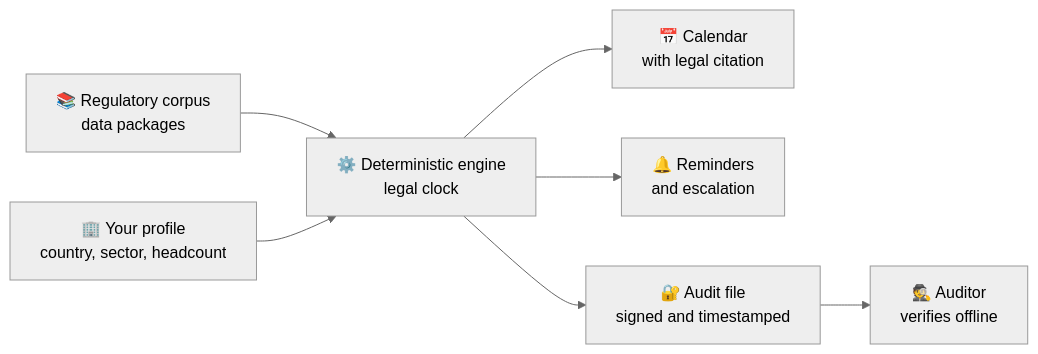
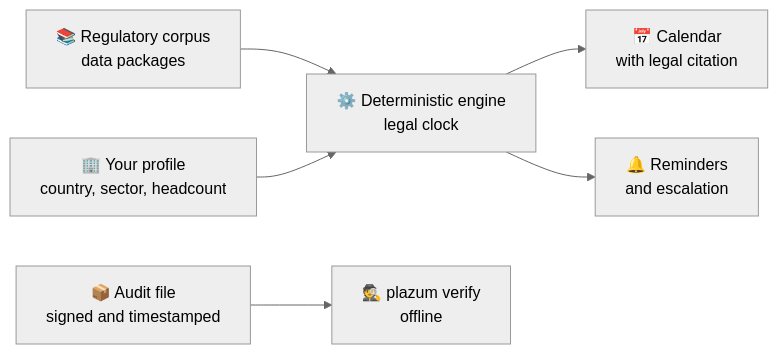
Before and after one commit to marcosmatalab/plazum: the diagram in README.md, drawn with Mermaid (neutral theme). The commit also changed other lines of this file and 1 other file, not shown here.

````diff
--- a/README.md
+++ b/README.md
@@ -49,9 +57,8 @@
 ```mermaid
 flowchart LR
     C["📚 Regulatory corpus<br/>data packages"] --> M["⚙️ Deterministic engine<br/>legal clock"]
     P["🏢 Your profile<br/>country, sector, headcount"] --> M
     M --> K["📅 Calendar<br/>with legal citation"]
     M --> A["🔔 Reminders<br/>and escalation"]
-    M --> E["🔐 Audit file<br/>signed and timestamped"]
-    E --> V["🕵️ Auditor<br/>verifies offline"]
+    X["📦 Audit file<br/>signed and timestamped"] --> V["🕵️ plazum verify<br/>offline"]
 ```
````
